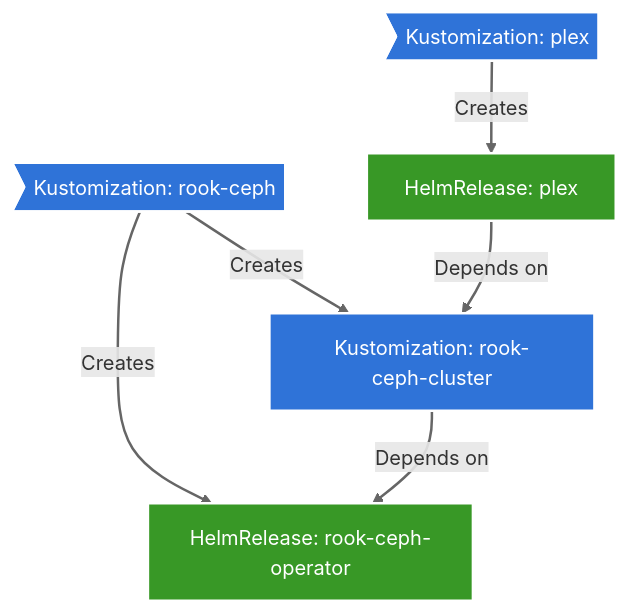
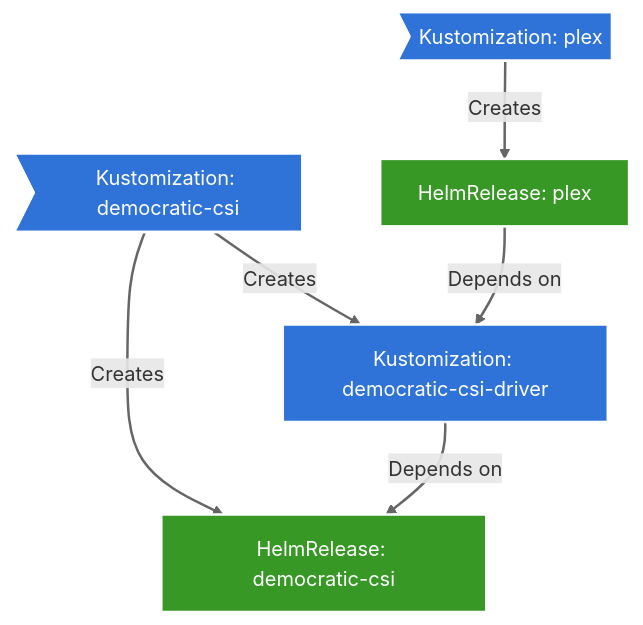
The first of 4 diagrams in README.md (dapperdivers/dapper-cluster), drawn with Mermaid before and after one commit. The commit also changed other lines of this file and 1 other file, not shown here.

````diff
--- a/README.md
+++ b/README.md
@@ -123,23 +122,23 @@
 ```mermaid
 graph TD
     %% Styling
     classDef kustomization fill:#2f73d8,stroke:#fff,stroke-width:2px,color:#fff
     classDef helmRelease fill:#389826,stroke:#fff,stroke-width:2px,color:#fff
 
     %% Nodes
-    A>Kustomization: rook-ceph]:::kustomization
-    B[HelmRelease: rook-ceph-operator]:::helmRelease
-    C[Kustomization: rook-ceph-cluster]:::kustomization
+    A>Kustomization: democratic-csi]:::kustomization
+    B[HelmRelease: democratic-csi]:::helmRelease
+    C[Kustomization: democratic-csi-driver]:::kustomization
     D>Kustomization: plex]:::kustomization
     E[HelmRelease: plex]:::helmRelease
 
     %% Relationships with styled edges
     A -->|Creates| B
     A -->|Creates| C
     C -->|Depends on| B
     D -->|Creates| E
     E -->|Depends on| C
 
     %% Link styling
     linkStyle default stroke:#666,stroke-width:2px
 ```
````
